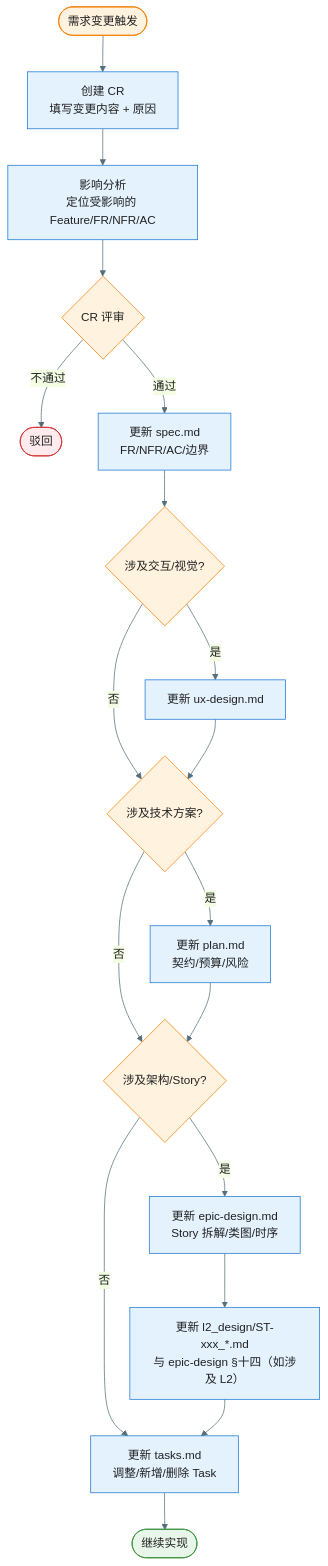
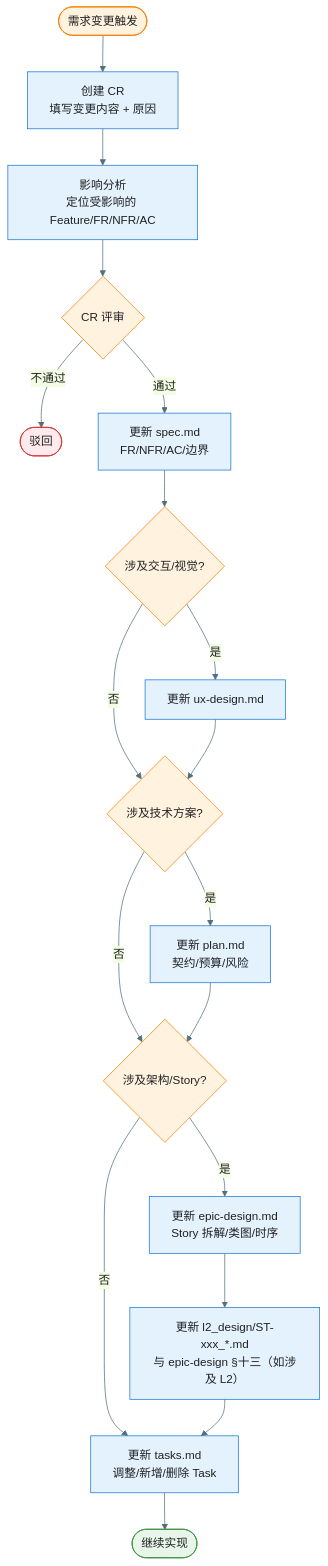
One commit to jackykarma/Verity changed the fourth of 8 diagrams in docs/workflow-overview.md. Above: the diagram before and after it, drawn with Mermaid. The commit also changed other lines of this file and 13 other files, not shown here.

````diff
--- a/docs/workflow-overview.md
+++ b/docs/workflow-overview.md
@@ -237,29 +237,29 @@
 ```mermaid
 %%{init: {'theme': 'base', 'themeVariables': { 'primaryColor': '#E3F2FD', 'primaryTextColor': '#212121', 'primaryBorderColor': '#1976D2', 'lineColor': '#546E7A'}}}%%
 flowchart TD
     Trigger([需求变更触发]) --> CreateCR["创建 CR<br/>填写变更内容 + 原因"]
     CreateCR --> Impact["影响分析<br/>定位受影响的 Feature/FR/NFR/AC"]
     Impact --> Review{CR 评审}
     Review -->|不通过| Reject([驳回])
     Review -->|通过| UpdateSpec["更新 spec.md<br/>FR/NFR/AC/边界"]
     UpdateSpec --> CheckUX{涉及交互/视觉?}
     CheckUX -->|是| UpdateUX["更新 ux-design.md"]
     CheckUX -->|否| CheckPlan{涉及技术方案?}
     UpdateUX --> CheckPlan
     CheckPlan -->|是| UpdatePlan["更新 plan.md<br/>契约/预算/风险"]
     CheckPlan -->|否| CheckDesign{涉及架构/Story?}
     UpdatePlan --> CheckDesign
     CheckDesign -->|是| UpdateDesign["更新 epic-design.md<br/>Story 拆解/类图/时序"]
     CheckDesign -->|否| UpdateTasks["更新 tasks.md<br/>调整/新增/删除 Task"]
-    UpdateDesign --> UpdateL2["更新 l2_design/ST-xxx_*.md<br/>与 epic-design §十四（如涉及 L2）"]
+    UpdateDesign --> UpdateL2["更新 l2_design/ST-xxx_*.md<br/>与 epic-design §十三（如涉及 L2）"]
     UpdateL2 --> UpdateTasks
     UpdateTasks --> Continue([继续实现])
 
     style Trigger fill:#FFF3E0,stroke:#F57C00
     style Reject fill:#FFEBEE,stroke:#D32F2F
     style Continue fill:#E8F5E9,stroke:#388E3C
     style Review fill:#FFF3E0,stroke:#F57C00
     style CheckUX fill:#FFF3E0,stroke:#F57C00
     style CheckPlan fill:#FFF3E0,stroke:#F57C00
     style CheckDesign fill:#FFF3E0,stroke:#F57C00
 ```
````
